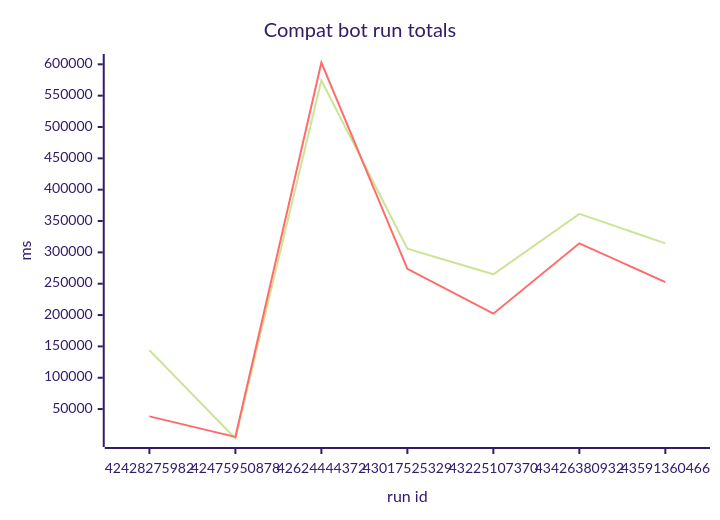
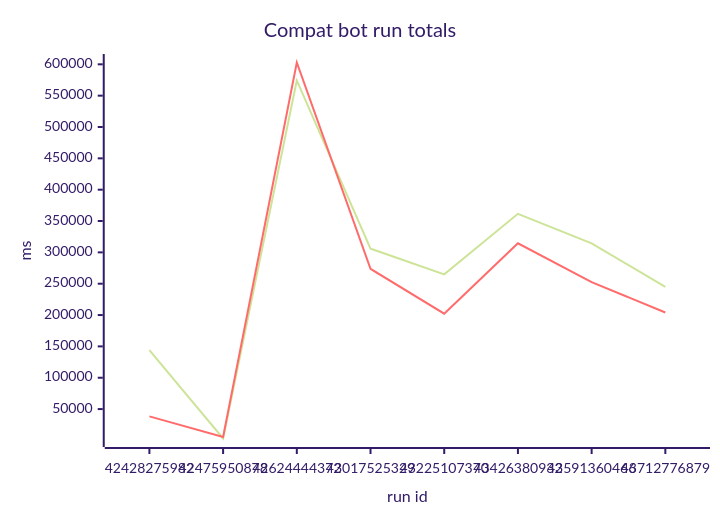
One commit to roc-talon/talon changed the diagram in stats/compat/README.md. Above: the diagram before and after it, drawn with Mermaid (forest theme). The commit also changed other lines of this file and 2 other files, not shown here.

Commit message:
compat stats: run 43712776879

````diff
--- a/stats/compat/README.md
+++ b/stats/compat/README.md
@@ -7,8 +7,8 @@
 ```mermaid
 xychart-beta
     title "Compat bot run totals"
-    x-axis "run id" ["42428275982", "42475950878", "42624444372", "43017525329", "43225107370", "43426380932", "43591360466"]
+    x-axis "run id" ["42428275982", "42475950878", "42624444372", "43017525329", "43225107370", "43426380932", "43591360466", "43712776879"]
     y-axis "ms"
-    line [143940, 3060, 574300, 306000, 264960, 361500, 314410]
-    line [38340, 5610, 602900, 273650, 202220, 314450, 252560]
+    line [143940, 3060, 574300, 306000, 264960, 361500, 314410, 244780]
+    line [38340, 5610, 602900, 273650, 202220, 314450, 252560, 204130]
 ```
````
